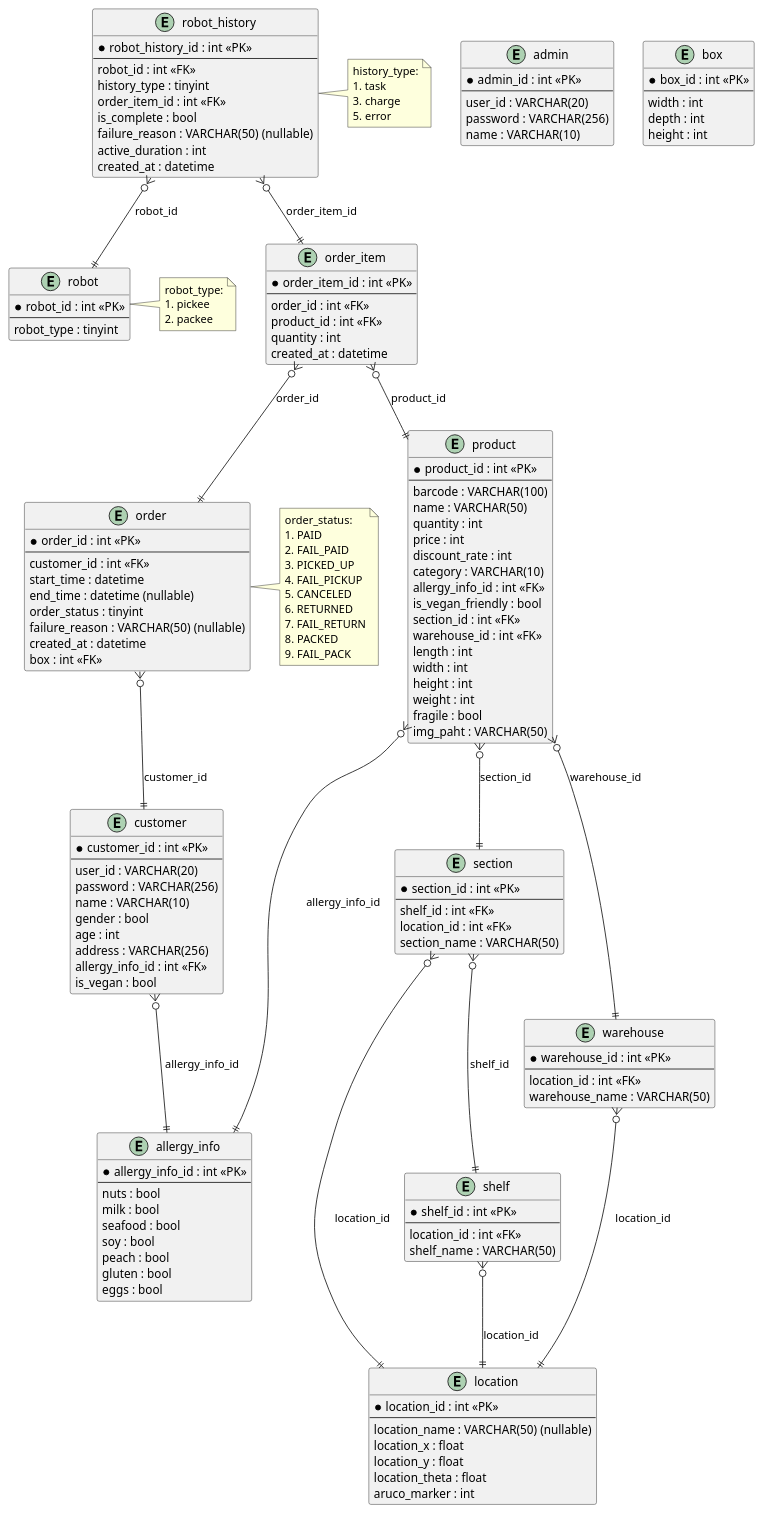
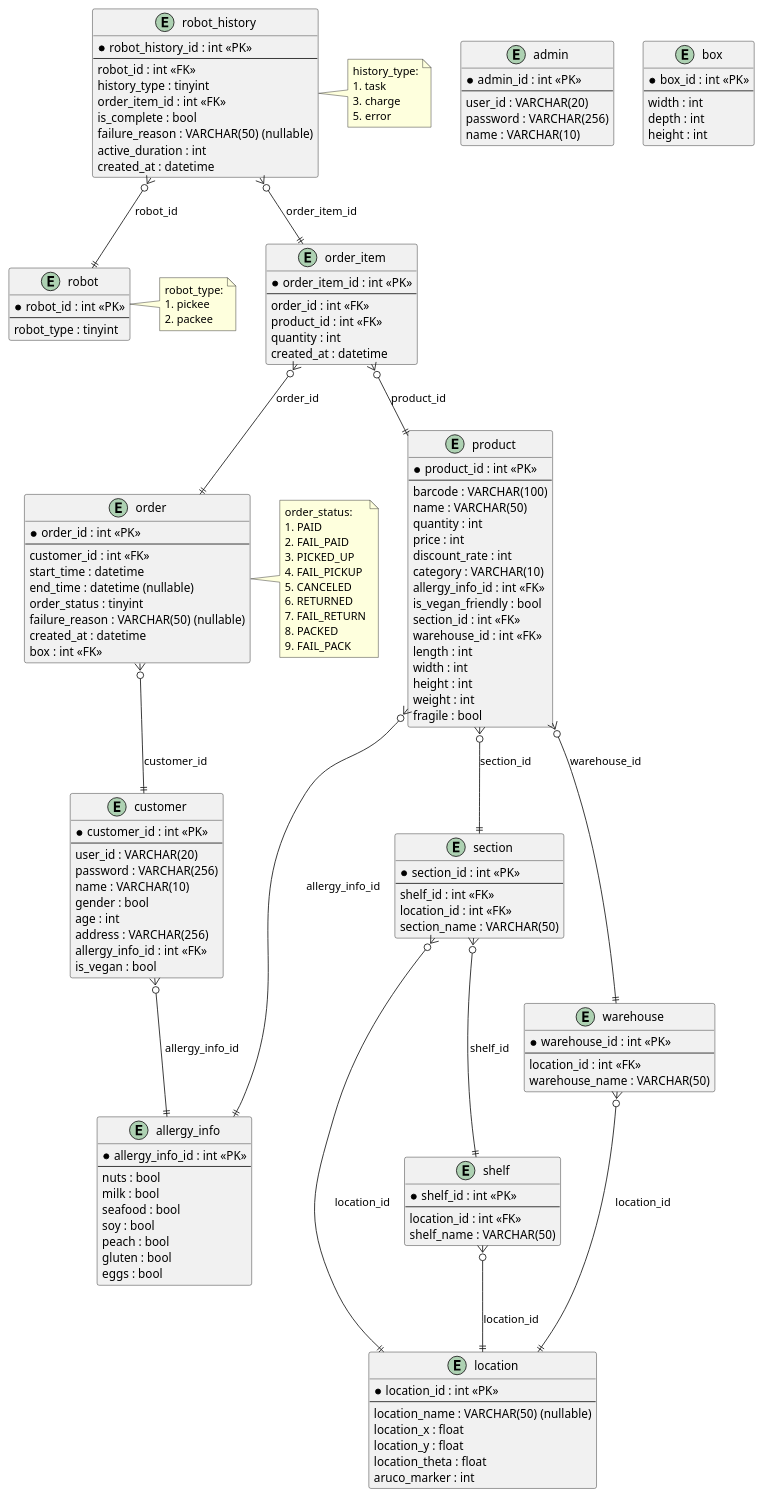
The diagram in docs/ERDiagram/ERDiagram.md (addinedu-roscamp-7th/roscamp-repo-1), drawn with PlantUML before and after one commit. The commit also changed 19 other files, not shown here.

```diff
--- a/docs/ERDiagram/ERDiagram.md
+++ b/docs/ERDiagram/ERDiagram.md
@@ -55,7 +55,6 @@
   height : int
   weight : int
   fragile : bool
-  img_paht : VARCHAR(50)
 }
 
 entity "order" {
```
